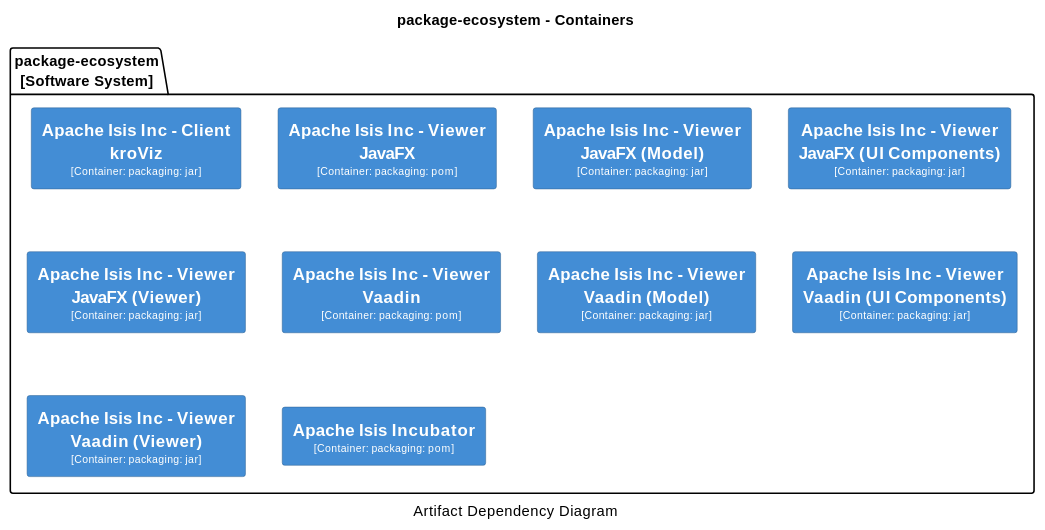
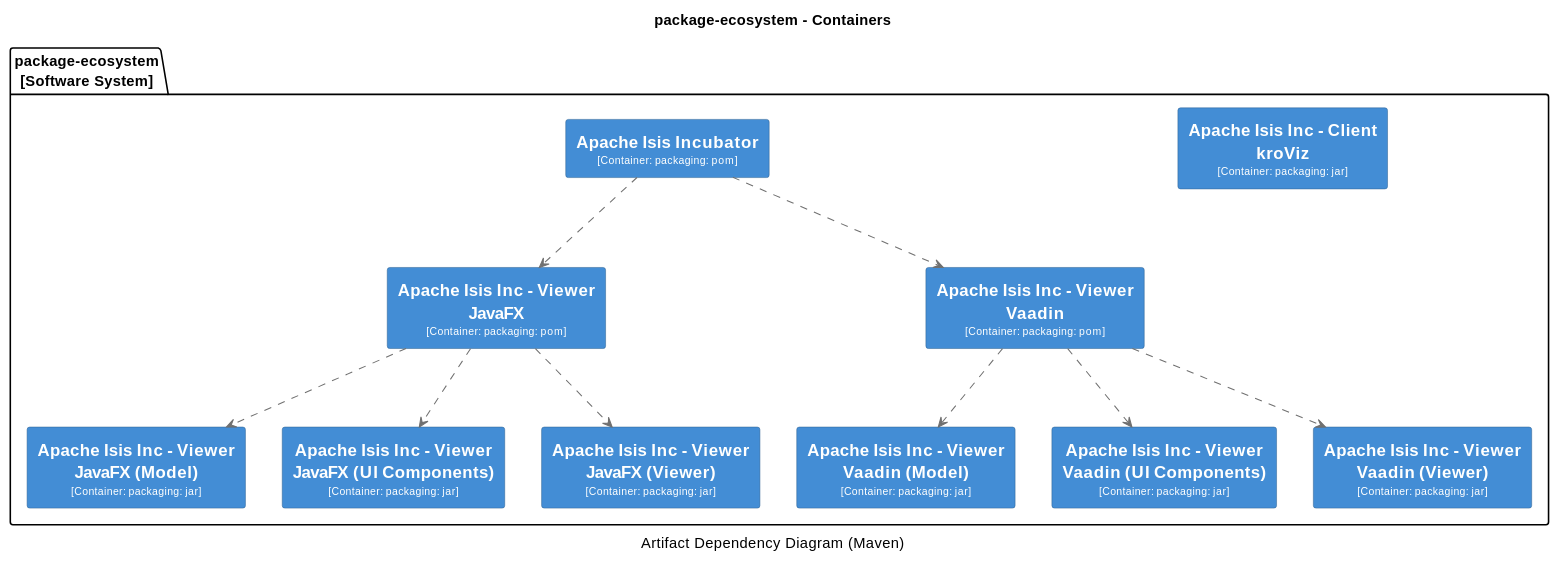
One commit to apache/causeway changed diagram 17 of 18 in antora/components/system/modules/ROOT/pages/about.adoc. Above: the diagram before and after it, drawn with PlantUML. The commit also changed other lines of this file and 2 other files, not shown here.

Commit message:
ISIS-2437: add relations to c4 diagrams (System Overview)

```diff
--- a/antora/components/system/modules/ROOT/pages/about.adoc
+++ b/antora/components/system/modules/ROOT/pages/about.adoc
@@ -3963,7 +4094,7 @@
 ----
 @startuml(id=Incubator)
 title package-ecosystem - Containers
-caption Artifact Dependency Diagram
+caption Artifact Dependency Diagram (Maven)
 
 skinparam {
   shadowing false
@@ -4035,5 +4166,13 @@
   rectangle "==Apache Isis Inc - Viewer Vaadin (Viewer)\n<size:10>[Container: packaging: jar]</size>" <<11>> as 11
   rectangle "==Apache Isis Incubator\n<size:10>[Container: packaging: pom]</size>" <<2>> as 2
 }
+4 .[#707070].> 5 : ""
+4 .[#707070].> 6 : ""
+4 .[#707070].> 7 : ""
+8 .[#707070].> 9 : ""
+8 .[#707070].> 10 : ""
+8 .[#707070].> 11 : ""
+2 .[#707070].> 4 : ""
+2 .[#707070].> 8 : ""
 @enduml
 ----
```
